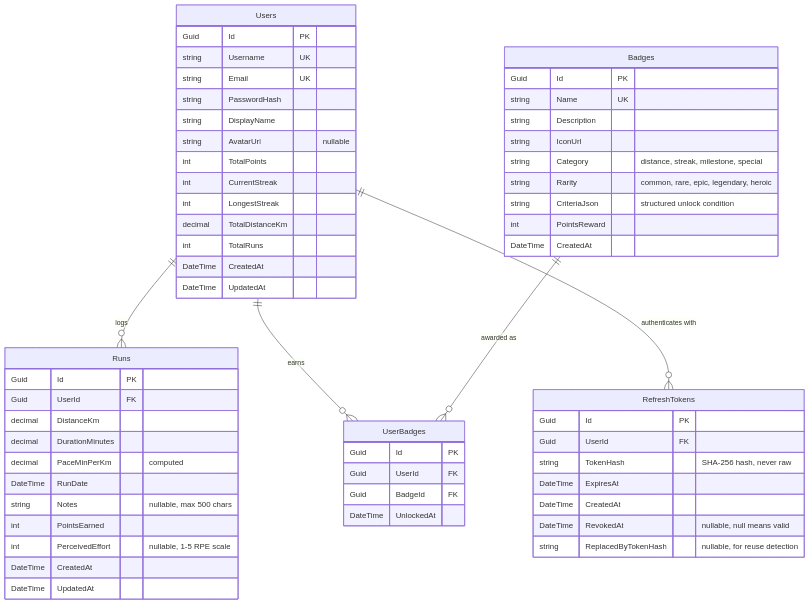
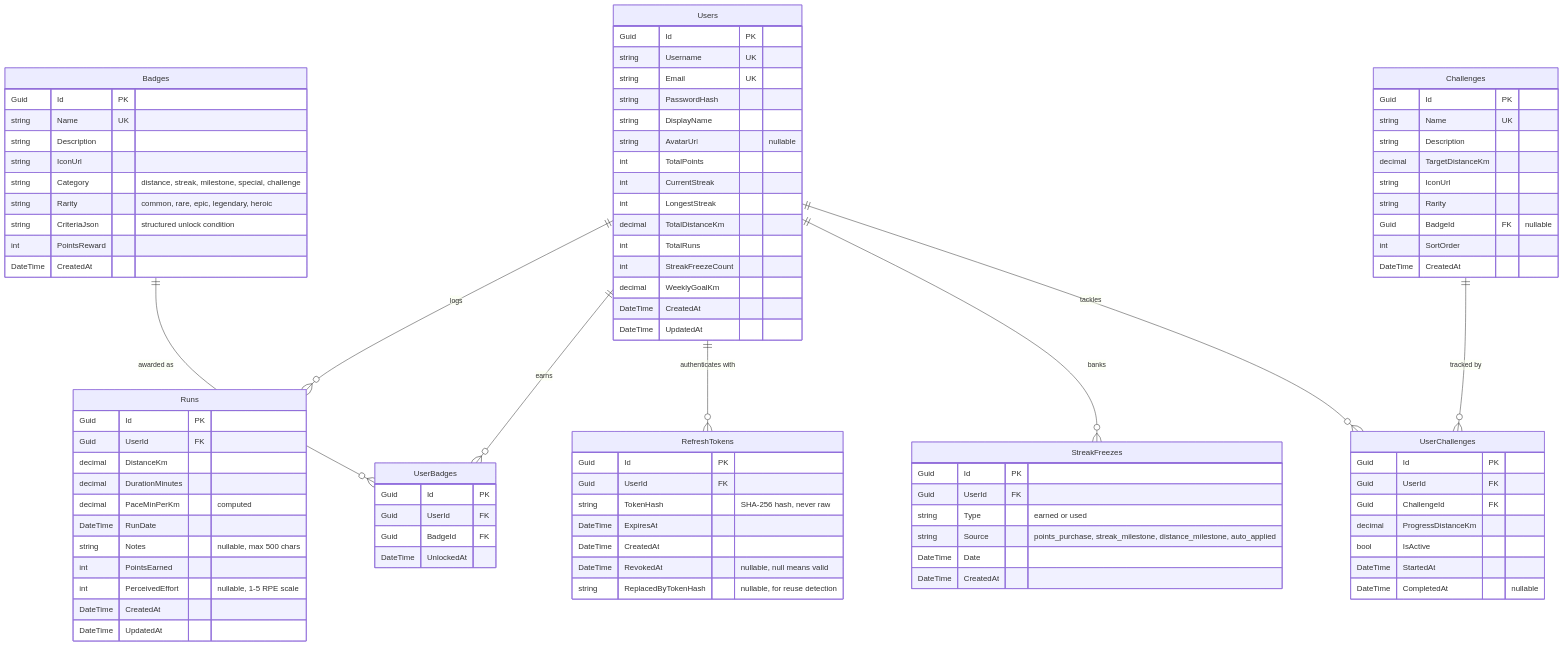
Before and after one commit to sheng656/RunStreak: the diagram in specs/01-data-model.md, drawn with Mermaid. The commit also changed other lines of this file and 32 other files, not shown here.

First line of the commit message:
feat: Implement Challenge Mode with Challenge and UserChallenge entities

```diff
--- a/specs/01-data-model.md
+++ b/specs/01-data-model.md
@@ -11,6 +11,9 @@
     Users ||--o{ UserBadges : "earns"
     Badges ||--o{ UserBadges : "awarded as"
     Users ||--o{ RefreshTokens : "authenticates with"
+    Users ||--o{ StreakFreezes : "banks"
+    Users ||--o{ UserChallenges : "tackles"
+    Challenges ||--o{ UserChallenges : "tracked by"
 
     Users {
         Guid Id PK
@@ -24,6 +27,8 @@
         int LongestStreak
         decimal TotalDistanceKm
         int TotalRuns
+        int StreakFreezeCount
+        decimal WeeklyGoalKm
         DateTime CreatedAt
         DateTime UpdatedAt
     }
@@ -47,7 +52,7 @@
         string Name UK
         string Description
         string IconUrl
-        string Category "distance, streak, milestone, special"
+        string Category "distance, streak, milestone, special, challenge"
         string Rarity "common, rare, epic, legendary, heroic"
         string CriteriaJson "structured unlock condition"
         int PointsReward
@@ -61,6 +66,37 @@
         DateTime UnlockedAt
     }
 
+    StreakFreezes {
+        Guid Id PK
+        Guid UserId FK
+        string Type "earned or used"
+        string Source "points_purchase, streak_milestone, distance_milestone, auto_applied"
+        DateTime Date
+        DateTime CreatedAt
+    }
+
+    Challenges {
+        Guid Id PK
+        string Name UK
+        string Description
+        decimal TargetDistanceKm
+        string IconUrl
+        string Rarity
+        Guid BadgeId FK "nullable"
+        int SortOrder
+        DateTime CreatedAt
+    }
+
+    UserChallenges {
+        Guid Id PK
+        Guid UserId FK
+        Guid ChallengeId FK
+        decimal ProgressDistanceKm
+        bool IsActive
+        DateTime StartedAt
+        DateTime CompletedAt "nullable"
+    }
+
     RefreshTokens {
         Guid Id PK
         Guid UserId FK
```
